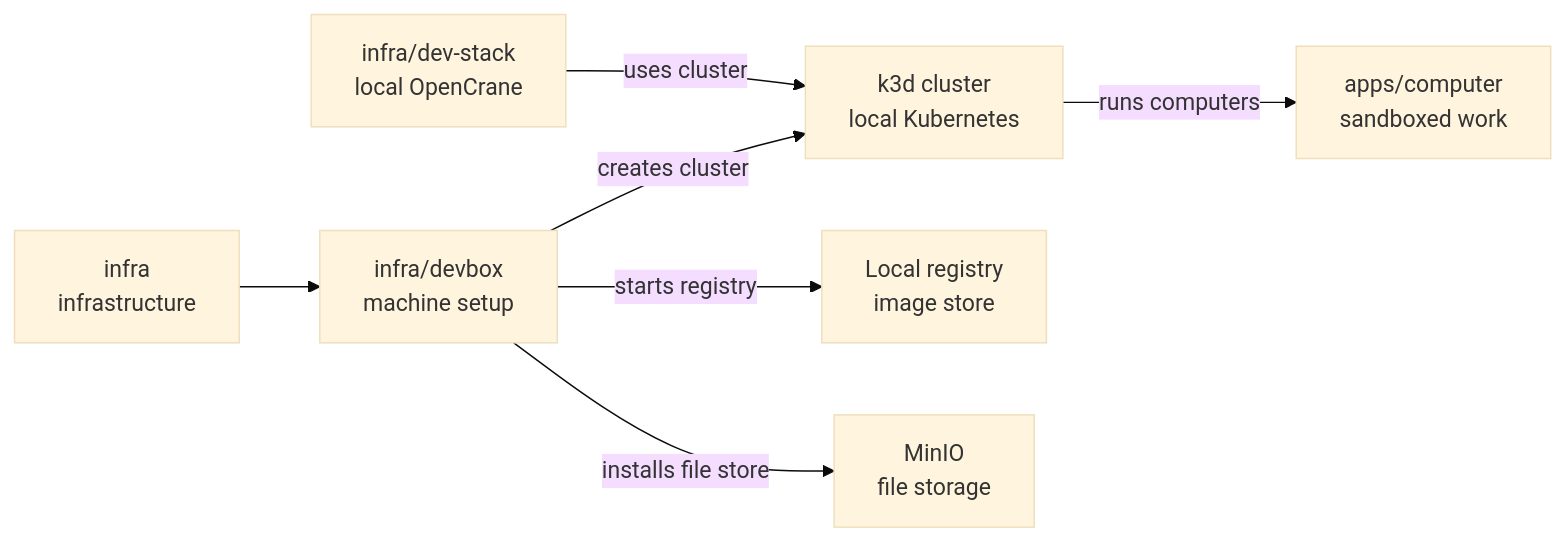
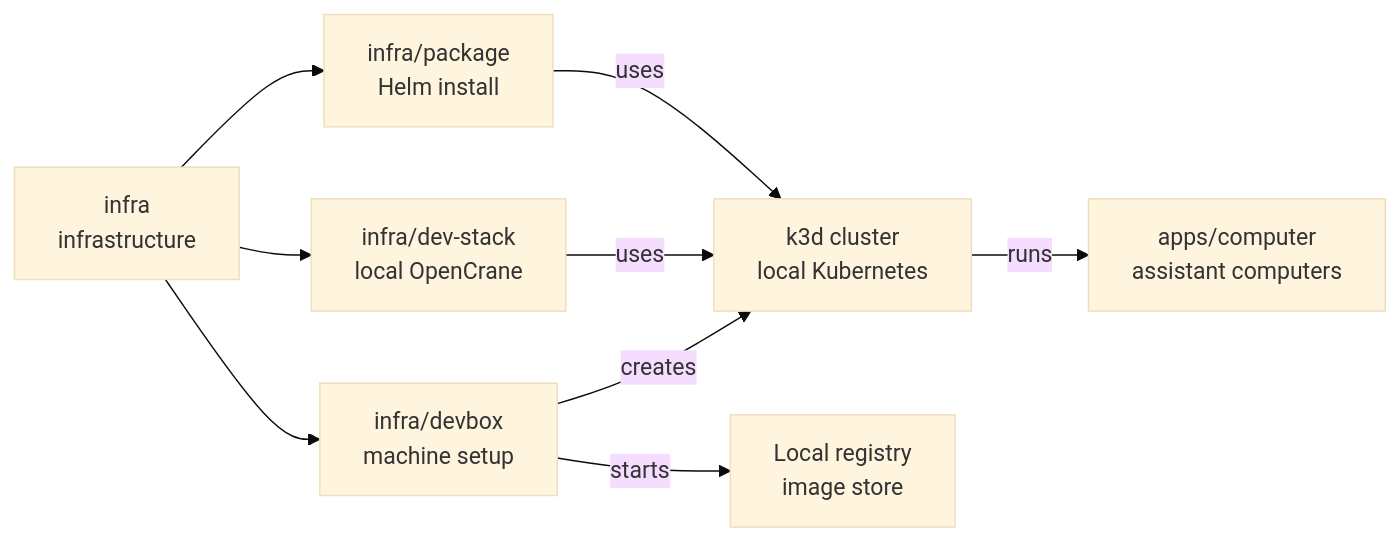
Before and after one commit to elewa-git/opencrane-new: the diagram in infra/devbox/README.md, drawn with Mermaid (base theme). The commit also changed other lines of this file and 16 other files, not shown here.

````diff
--- a/infra/devbox/README.md
+++ b/infra/devbox/README.md
@@ -17,9 +17,11 @@
 ```mermaid
 flowchart LR
   infra["infra<br/>infrastructure"] --> devbox["infra/devbox<br/>machine setup"]
-  devbox -->|creates cluster| cluster["k3d cluster<br/>local Kubernetes"]
-  devbox -->|starts registry| registry["Local registry<br/>image store"]
-  devbox -->|installs file store| minio["MinIO<br/>file storage"]
-  stack["infra/dev-stack<br/>local OpenCrane"] -->|uses cluster| cluster
-  cluster -->|runs computers| computers["apps/computer<br/>sandboxed work"]
+  infra --> stack["infra/dev-stack<br/>local OpenCrane"]
+  infra --> package["infra/package<br/>Helm install"]
+  devbox -->|creates| cluster["k3d cluster<br/>local Kubernetes"]
+  devbox -->|starts| registry["Local registry<br/>image store"]
+  stack -->|uses| cluster
+  package -->|uses| cluster
+  cluster -->|runs| computers["apps/computer<br/>assistant computers"]
 ```
````
